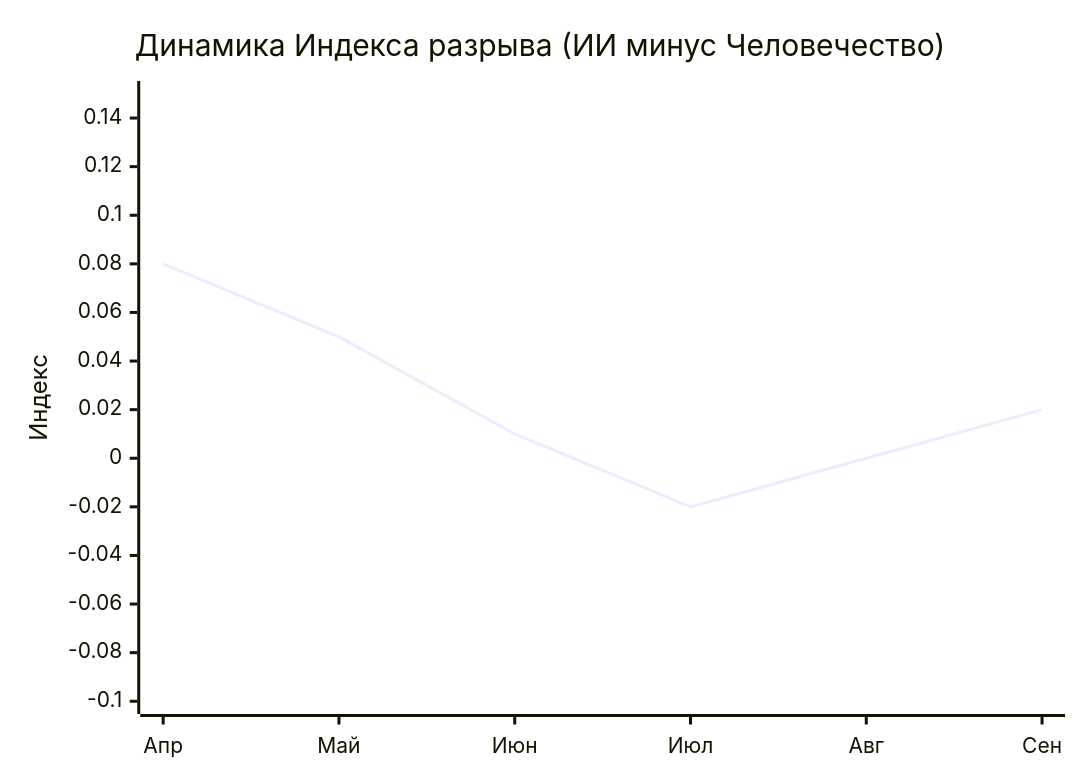
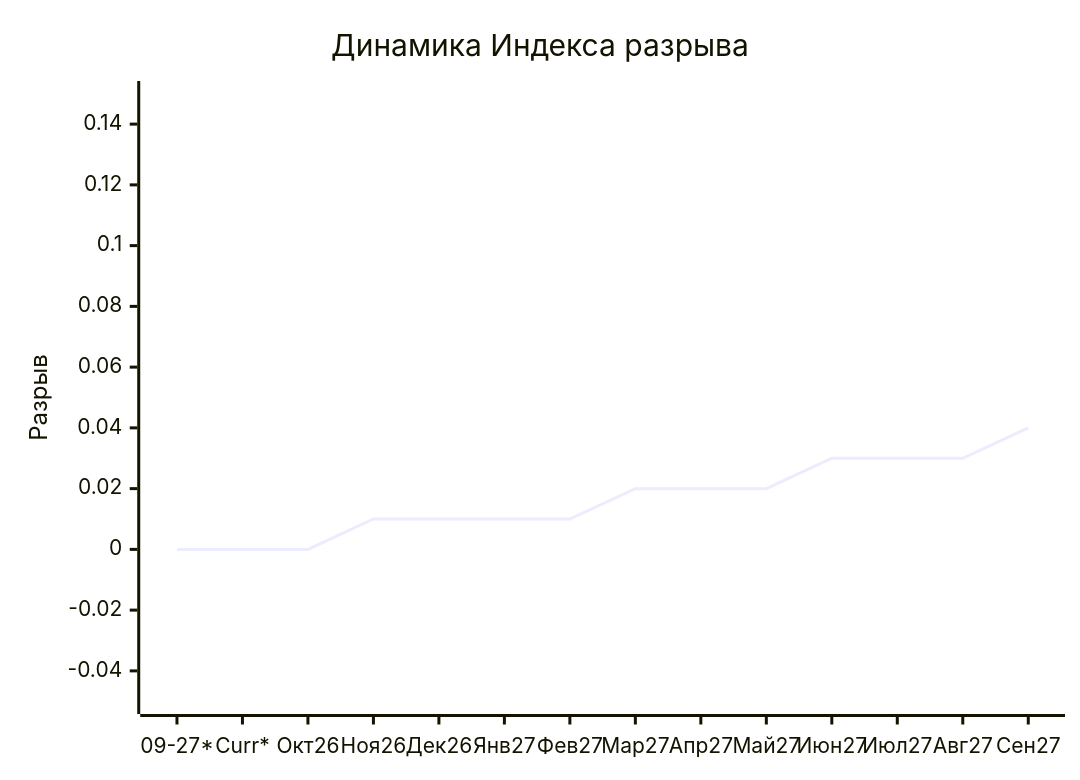
One commit to VQQLK/Human-AI-Monitor changed the second of 2 diagrams in README.ru.md. Above: the diagram before and after it, drawn with Mermaid. The commit also changed other lines of this file and 2 other files, not shown here.

First line of the commit message:
fix(docs): base Mermaid charts on actual data from last 2 protocols

````diff
--- a/README.ru.md
+++ b/README.ru.md
@@ -27,7 +41,7 @@
 ```mermaid
 xychart-beta
-    title "Динамика Индекса разрыва (ИИ минус Человечество)"
-    x-axis ["Апр", "Май", "Июн", "Июл", "Авг", "Сен"]
-    y-axis "Индекс" -0.10 --> 0.15
-    line [0.08, 0.05, 0.01, -0.02, 0.00, 0.02]
+    title "Динамика Индекса разрыва"
+    x-axis ["09-27*", "Curr*", "Окт26", "Ноя26", "Дек26", "Янв27", "Фев27", "Мар27", "Апр27", "Май27", "Июн27", "Июл27", "Авг27", "Сен27"]
+    y-axis "Разрыв" -0.05 --> 0.15
+    line [0.0, 0.0, 0.0, 0.01, 0.01, 0.01, 0.01, 0.02, 0.02, 0.02, 0.03, 0.03, 0.03, 0.04]
 ```
````
